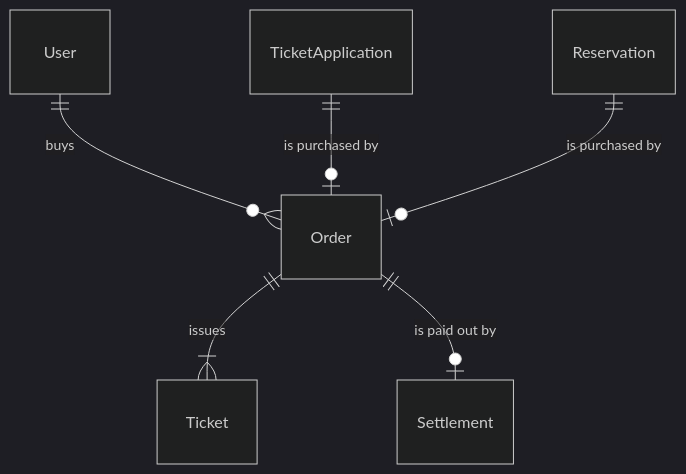
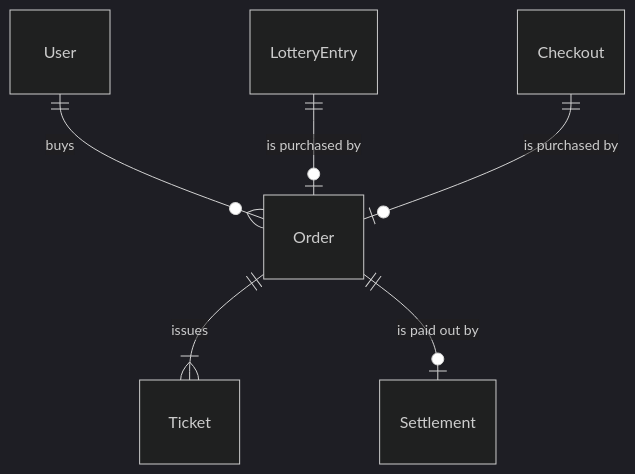
Before and after one commit to liverty-music/specification: the first of 2 diagrams in openspec/specs/components/entity/order/spec.md, drawn with Mermaid (dark theme). The commit also changed other lines of this file and 190 other files, not shown here.

````diff
--- a/openspec/specs/components/entity/order/spec.md
+++ b/openspec/specs/components/entity/order/spec.md
@@ -24,8 +24,8 @@
 ```mermaid
 erDiagram
   User ||--o{ Order : "buys"
-  TicketApplication ||--o| Order : "is purchased by"
-  Reservation ||--o| Order : "is purchased by"
+  LotteryEntry ||--o| Order : "is purchased by"
+  Checkout ||--o| Order : "is purchased by"
   Order ||--|{ Ticket : "issues"
   Order ||--o| Settlement : "is paid out by"
 ```
````
